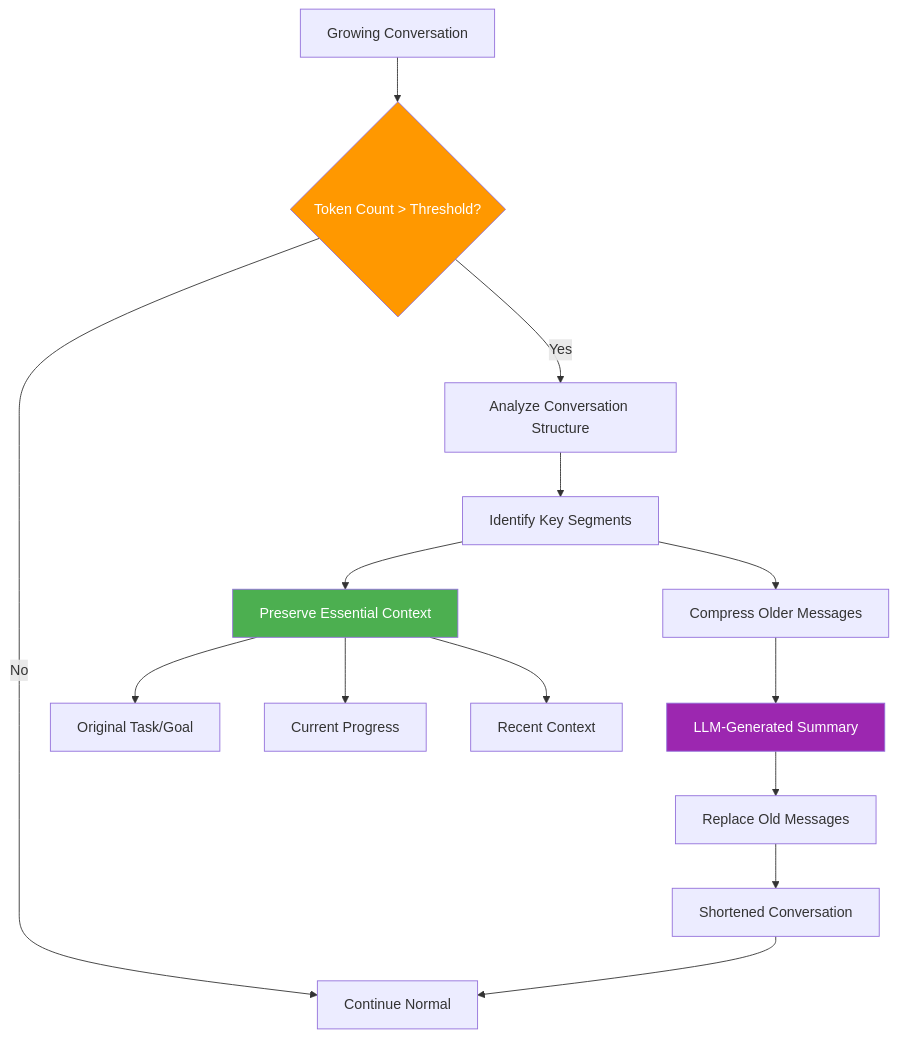
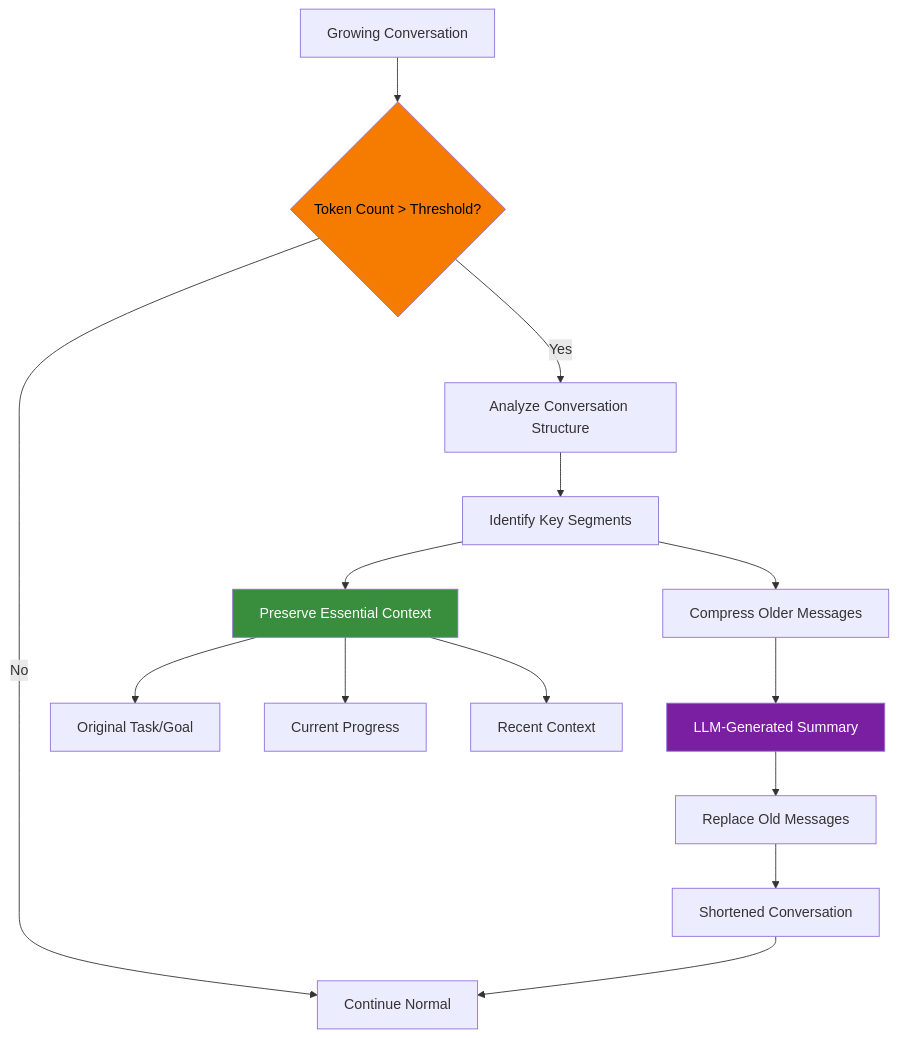
Before and after one commit to fwornle/agentic-ai-nano: diagram 12 of 15 in docs-content/01_frameworks/Session1_ModuleD_Coding_Assistant_Case_Study.md, drawn with Mermaid. The commit also changed other lines of this file, not shown here.

````diff
--- a/docs-content/01_frameworks/Session1_ModuleD_Coding_Assistant_Case_Study.md
+++ b/docs-content/01_frameworks/Session1_ModuleD_Coding_Assistant_Case_Study.md
@@ -724,25 +724,25 @@
 ```mermaid
 graph TD
     CONV[Growing Conversation] --> CHECK{Token Count > Threshold?}
     
     CHECK -->|No| CONTINUE[Continue Normal]
     CHECK -->|Yes| ANALYZE[Analyze Conversation Structure]
     
     ANALYZE --> IDENTIFY[Identify Key Segments]
     IDENTIFY --> PRESERVE[Preserve Essential Context]
     IDENTIFY --> COMPRESS[Compress Older Messages]
     
     PRESERVE --> TASK[Original Task/Goal]
     PRESERVE --> PROGRESS[Current Progress]
     PRESERVE --> RECENT[Recent Context]
     
     COMPRESS --> SUMMARY[LLM-Generated Summary]
     SUMMARY --> REPLACE[Replace Old Messages]
     
     REPLACE --> NEW[Shortened Conversation]
     NEW --> CONTINUE
     
-    style CHECK fill:#FF9800,color:#ffffff
-    style PRESERVE fill:#4CAF50,color:#ffffff
-    style SUMMARY fill:#9C27B0,color:#ffffff
+    style CHECK fill:#F57C00,color:#000000
+    style PRESERVE fill:#388E3C,color:#ffffff
+    style SUMMARY fill:#7B1FA2,color:#ffffff
 ```
````
